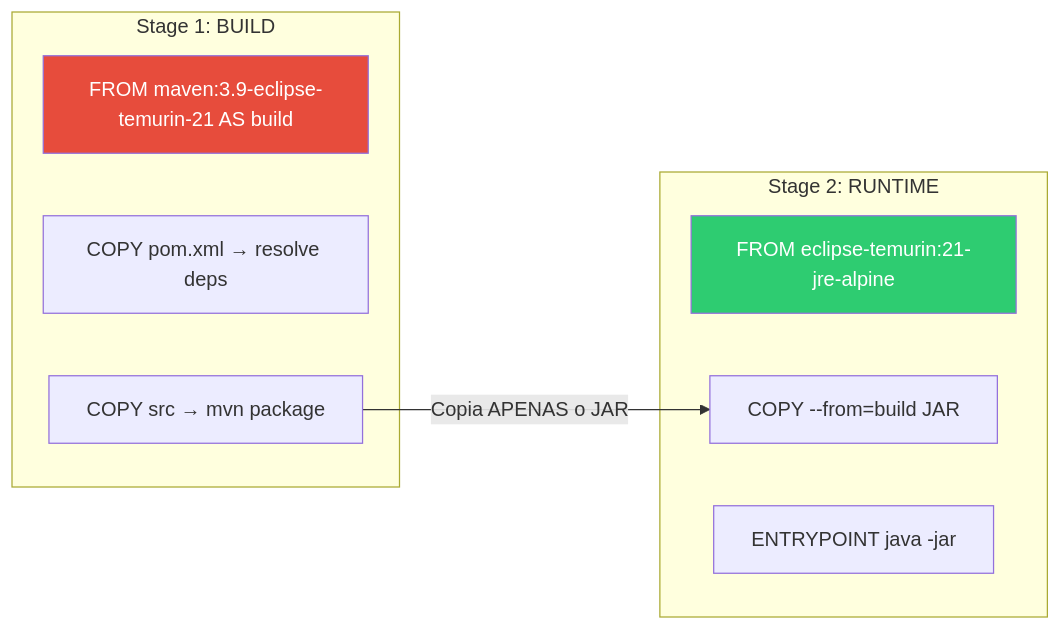
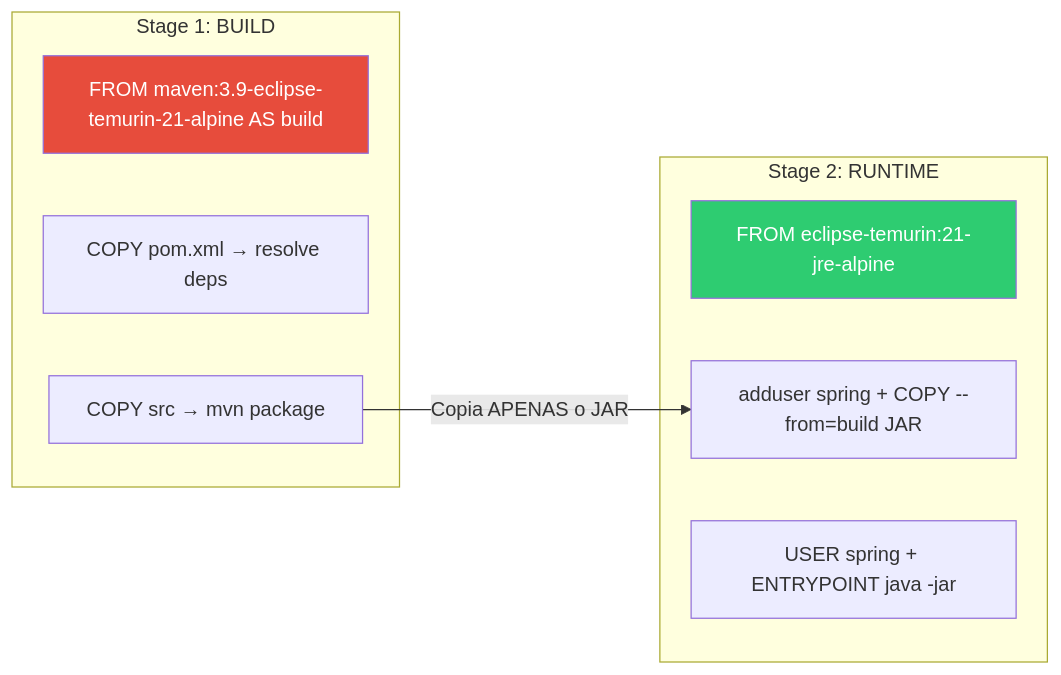
Before and after one commit to deusemarjunior/trein-java-intermed: the diagram in dia-07/slide-11.md, drawn with Mermaid. The commit also changed other lines of this file and 12 other files, not shown here.

````diff
--- a/dia-07/slide-11.md
+++ b/dia-07/slide-11.md
@@ -25,19 +25,19 @@
 ```mermaid
 graph LR
     subgraph "Stage 1: BUILD"
-        B1["FROM maven:3.9-eclipse-temurin-21 AS build"]
+        B1["FROM maven:3.9-eclipse-temurin-21-alpine AS build"]
         B2["COPY pom.xml → resolve deps"]
         B3["COPY src → mvn package"]
     end
 
     subgraph "Stage 2: RUNTIME"
         R1["FROM eclipse-temurin:21-jre-alpine"]
-        R2["COPY --from=build JAR"]
-        R3["ENTRYPOINT java -jar"]
+        R2["adduser spring + COPY --from=build JAR"]
+        R3["USER spring + ENTRYPOINT java -jar"]
     end
 
     B3 -->|"Copia APENAS o JAR"| R2
 
     style B1 fill:#e74c3c,color:#fff
     style R1 fill:#2ecc71,color:#fff
 ```
````
